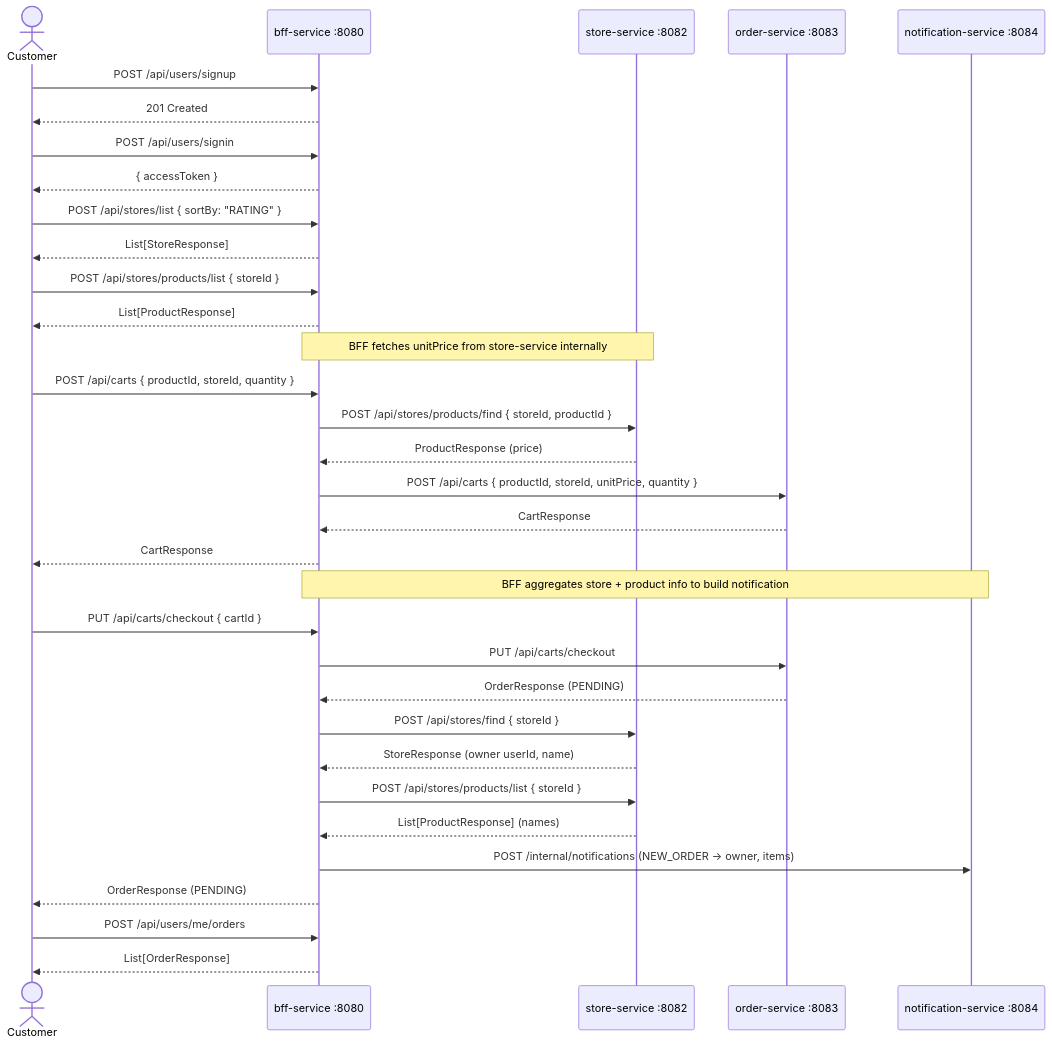
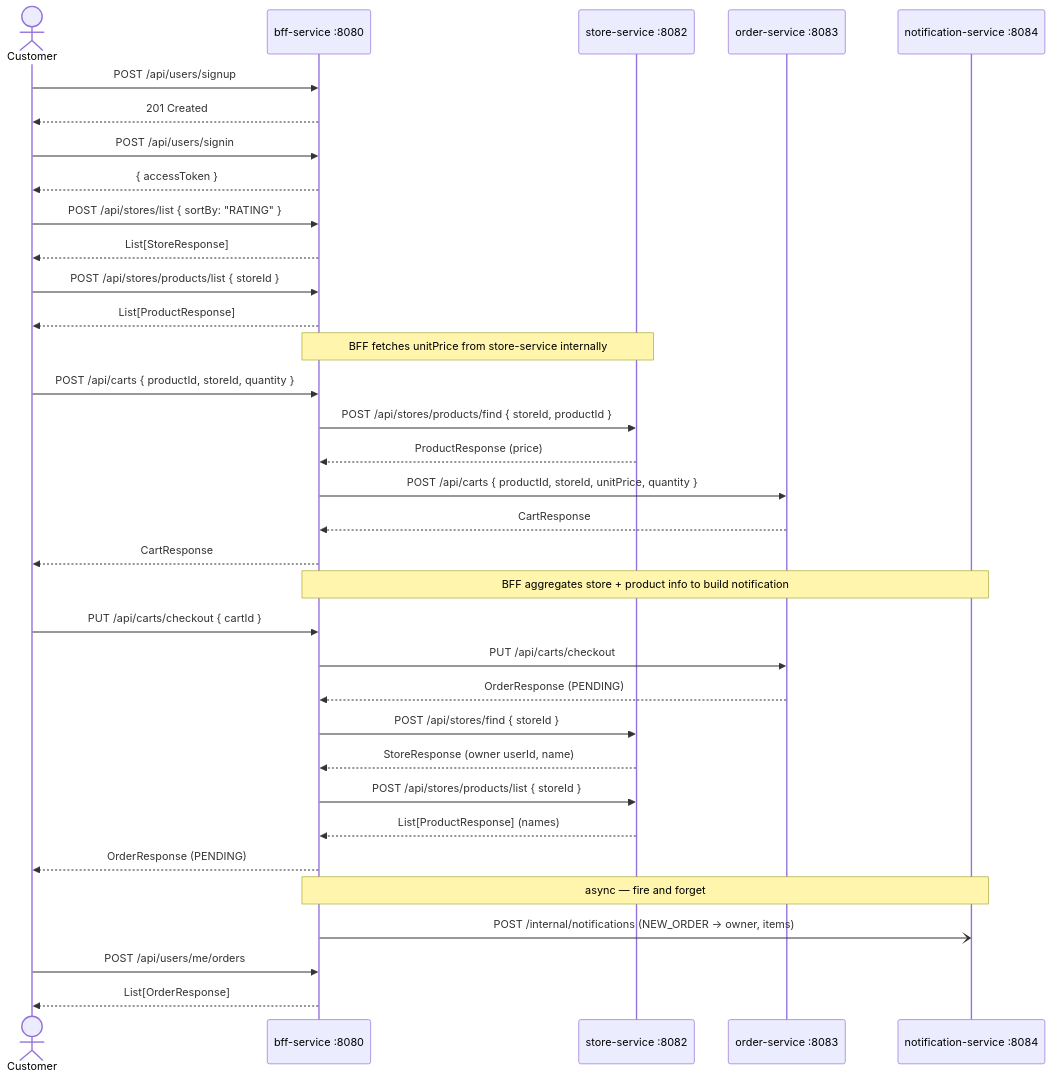
One commit to proLmpa/Deliprac changed the second of 7 diagrams in README.md. Above: the diagram before and after it, drawn with Mermaid. The commit also changed other lines of this file, not shown here.

````diff
--- a/README.md
+++ b/README.md
@@ -177,40 +177,41 @@
 ```mermaid
 sequenceDiagram
     actor Cu as Customer
     participant BFF as bff-service :8080
     participant SS as store-service :8082
     participant OS as order-service :8083
     participant NS as notification-service :8084
 
     Cu->>BFF: POST /api/users/signup
     BFF-->>Cu: 201 Created
     Cu->>BFF: POST /api/users/signin
     BFF-->>Cu: { accessToken }
 
     Cu->>BFF: POST /api/stores/list { sortBy: "RATING" }
     BFF-->>Cu: List[StoreResponse]
     Cu->>BFF: POST /api/stores/products/list { storeId }
     BFF-->>Cu: List[ProductResponse]
 
     Note over BFF,SS: BFF fetches unitPrice from store-service internally
     Cu->>BFF: POST /api/carts { productId, storeId, quantity }
     BFF->>SS: POST /api/stores/products/find { storeId, productId }
     SS-->>BFF: ProductResponse (price)
     BFF->>OS: POST /api/carts { productId, storeId, unitPrice, quantity }
     OS-->>BFF: CartResponse
     BFF-->>Cu: CartResponse
 
     Note over BFF,NS: BFF aggregates store + product info to build notification
     Cu->>BFF: PUT /api/carts/checkout { cartId }
     BFF->>OS: PUT /api/carts/checkout
     OS-->>BFF: OrderResponse (PENDING)
     BFF->>SS: POST /api/stores/find { storeId }
     SS-->>BFF: StoreResponse (owner userId, name)
     BFF->>SS: POST /api/stores/products/list { storeId }
     SS-->>BFF: List[ProductResponse] (names)
-    BFF->>NS: POST /internal/notifications (NEW_ORDER → owner, items)
     BFF-->>Cu: OrderResponse (PENDING)
+    Note over BFF,NS: async — fire and forget
+    BFF-)NS: POST /internal/notifications (NEW_ORDER → owner, items)
 
     Cu->>BFF: POST /api/users/me/orders
     BFF-->>Cu: List[OrderResponse]
 ```
````
